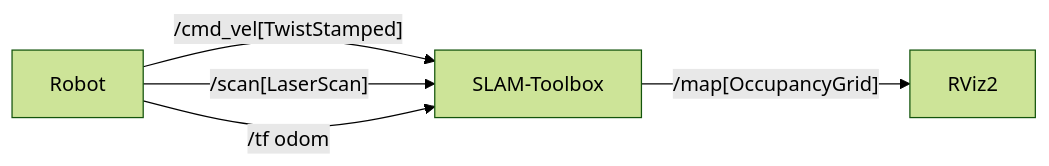
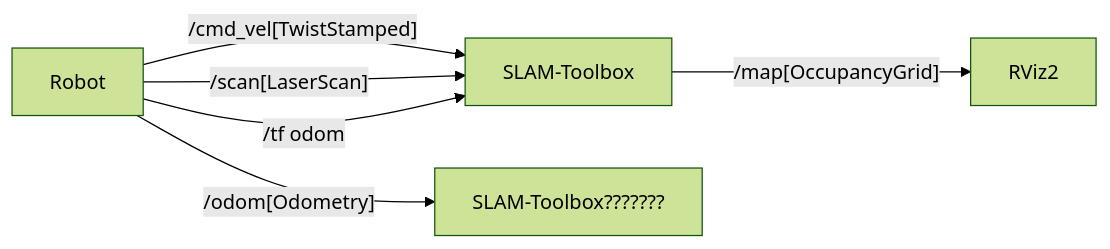
The diagram in README.md (jfrancis71/ros2_nav2_demo), drawn with Mermaid (forest theme) before and after one commit. The commit also changed other lines of this file, not shown here.

````diff
--- a/README.md
+++ b/README.md
@@ -19,7 +19,8 @@
 ``` mermaid
     flowchart LR
     Robot --/cmd_vel[TwistStamped] --> SLAM-Toolbox
     Robot --/scan[LaserScan] --> SLAM-Toolbox
+    Robot --/odom[Odometry] --> SLAM-Toolbox???????
     Robot --/tf odom --> SLAM-Toolbox
     SLAM-Toolbox --/map[OccupancyGrid] --> RViz2
 ``` 
````
